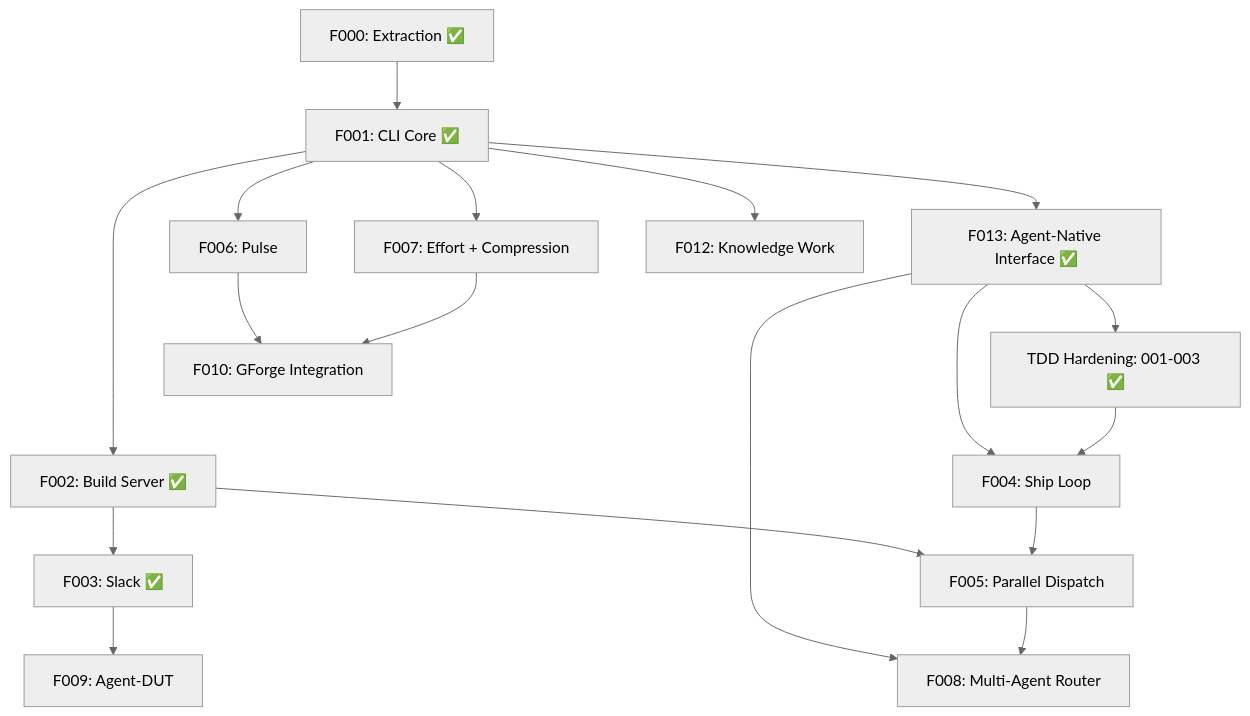
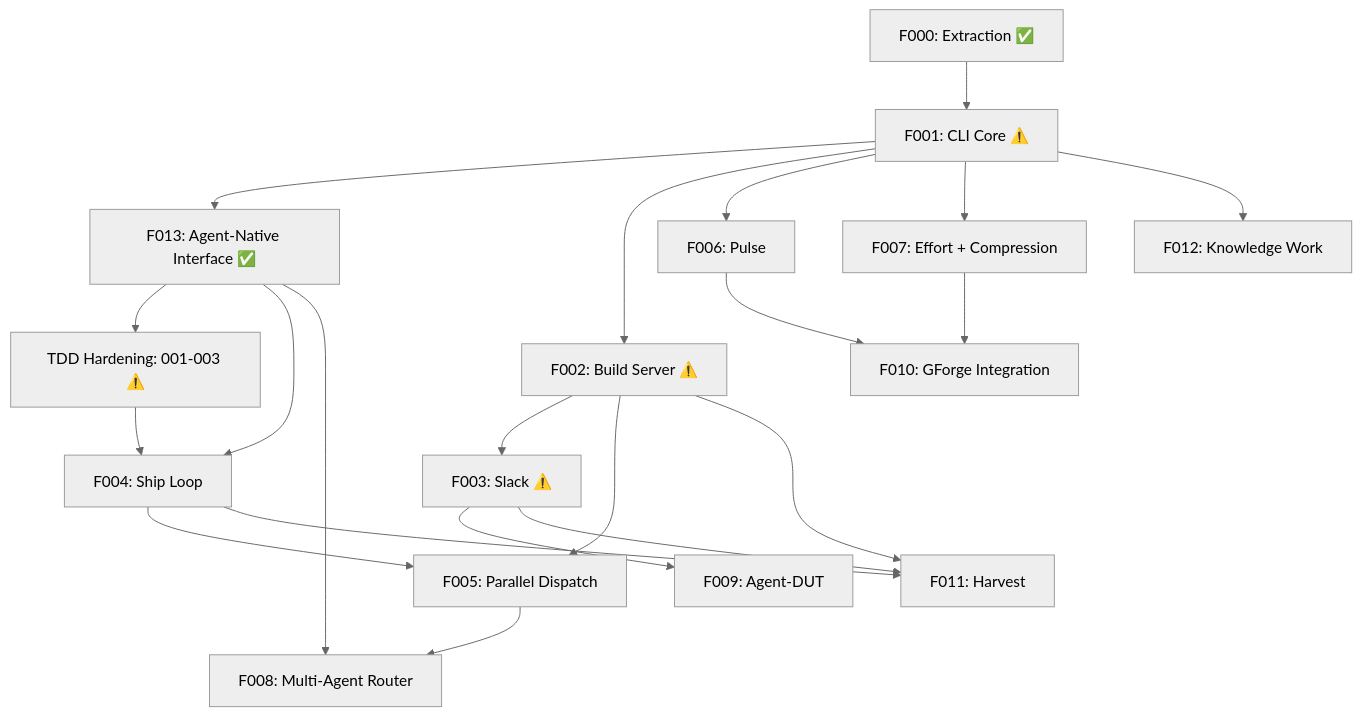
Before and after one commit to gforge-esc/gwrk: the diagram in specs/000-build-plan.md, drawn with Mermaid (neutral theme). The commit also changed other lines of this file, not shown here.

First line of the commit message:
build-plan(v8): register 011-harvest, correct fake statuses, update critical path

````diff
--- a/specs/000-build-plan.md
+++ b/specs/000-build-plan.md
@@ -24,20 +24,23 @@
 ```mermaid
 graph TD
-    F000["F000: Extraction ✅"] --> F001["F001: CLI Core ✅"]
+    F000["F000: Extraction ✅"] --> F001["F001: CLI Core ⚠️"]
     F001 --> F013["F013: Agent-Native Interface ✅"]
-    F001 --> F002["F002: Build Server ✅"]
+    F001 --> F002["F002: Build Server ⚠️"]
     F001 --> F006["F006: Pulse"]
     F001 --> F007["F007: Effort + Compression"]
     F001 --> F012["F012: Knowledge Work"]
-    F002 --> F003["F003: Slack ✅"]
+    F002 --> F003["F003: Slack ⚠️"]
     F002 --> F005["F005: Parallel Dispatch"]
-    F013 --> TDD["TDD Hardening: 001-003 ✅"]
+    F013 --> TDD["TDD Hardening: 001-003 ⚠️"]
     F013 --> F004["F004: Ship Loop"]
     F013 --> F008["F008: Multi-Agent Router"]
     TDD --> F004
     F004 --> F005
+    F004 --> F011["F011: Harvest"]
     F005 --> F008
     F003 --> F009["F009: Agent-DUT"]
+    F003 --> F011
+    F002 --> F011
     F006 --> F010["F010: GForge Integration"]
     F007 --> F010
 ```
````
